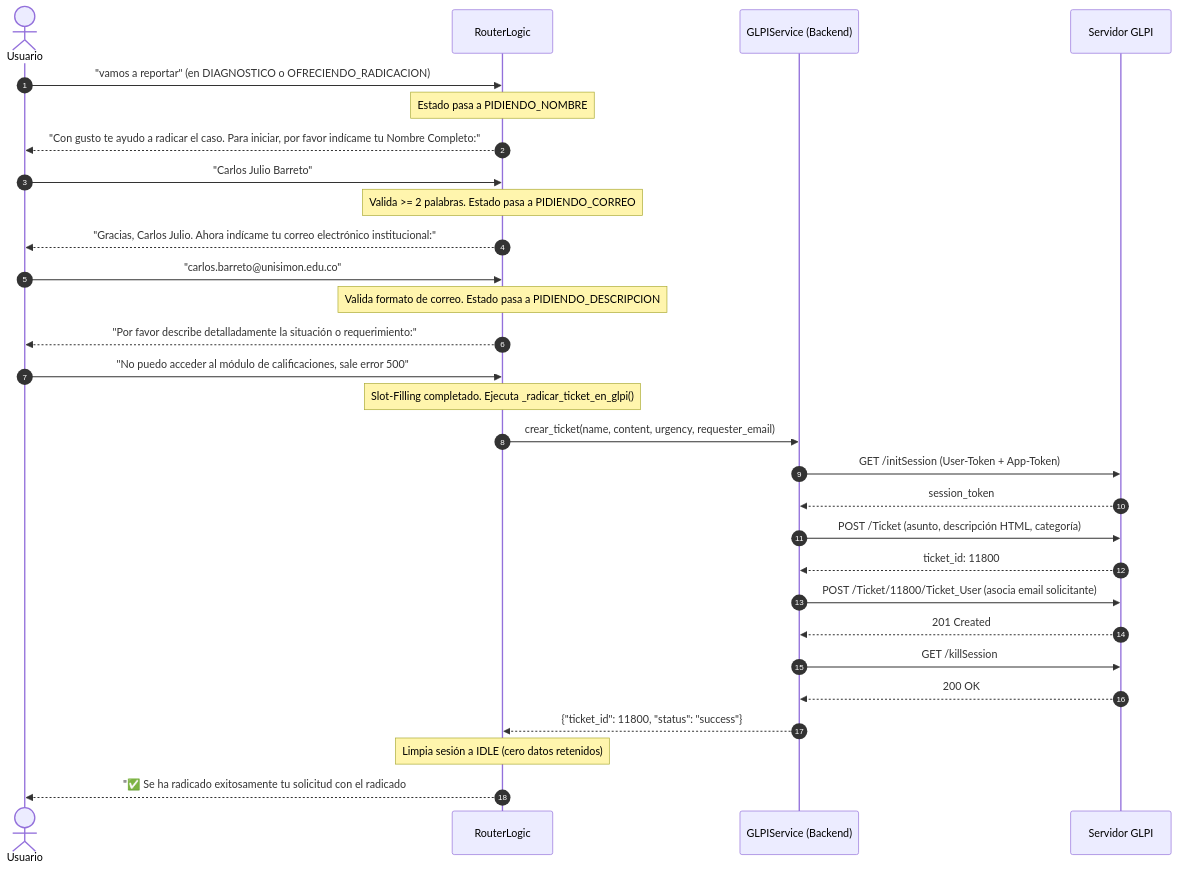
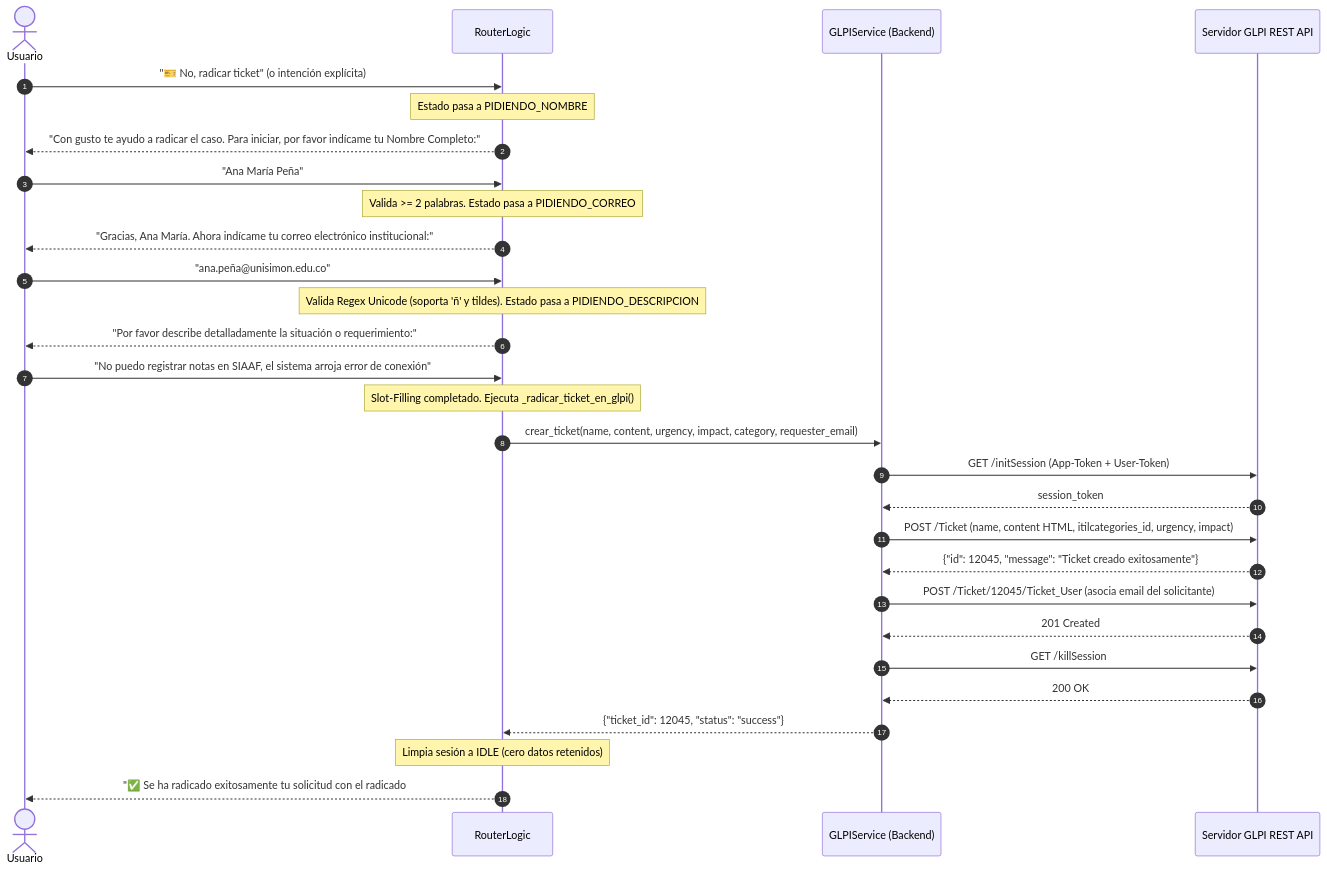
Before and after one commit to adalcidespintosoto/proyecto-chatbot: the second of 2 diagrams in docs/flujo_procesamiento_sistema.md, drawn with Mermaid. The commit also changed other lines of this file and 21 other files, not shown here.

````diff
--- a/docs/flujo_procesamiento_sistema.md
+++ b/docs/flujo_procesamiento_sistema.md
@@ -249,37 +302,37 @@
 ```mermaid
 sequenceDiagram
     autonumber
     actor U as Usuario
     participant R as RouterLogic
     participant G as GLPIService (Backend)
-    participant S as Servidor GLPI
+    participant S as Servidor GLPI REST API
 
-    U->>R: "vamos a reportar" (en DIAGNOSTICO o OFRECIENDO_RADICACION)
+    U->>R: "🎫 No, radicar ticket" (o intención explícita)
     Note over R: Estado pasa a PIDIENDO_NOMBRE
     R-->>U: "Con gusto te ayudo a radicar el caso. Para iniciar, por favor indícame tu Nombre Completo:"
 
-    U->>R: "Carlos Julio Barreto"
+    U->>R: "Ana María Peña"
     Note over R: Valida >= 2 palabras. Estado pasa a PIDIENDO_CORREO
-    R-->>U: "Gracias, Carlos Julio. Ahora indícame tu correo electrónico institucional:"
+    R-->>U: "Gracias, Ana María. Ahora indícame tu correo electrónico institucional:"
 
-    U->>R: "carlos.barreto@unisimon.edu.co"
-    Note over R: Valida formato de correo. Estado pasa a PIDIENDO_DESCRIPCION
+    U->>R: "ana.peña@unisimon.edu.co"
+    Note over R: Valida Regex Unicode (soporta 'ñ' y tildes). Estado pasa a PIDIENDO_DESCRIPCION
     R-->>U: "Por favor describe detalladamente la situación o requerimiento:"
 
-    U->>R: "No puedo acceder al módulo de calificaciones, sale error 500"
+    U->>R: "No puedo registrar notas en SIAAF, el sistema arroja error de conexión"
     Note over R: Slot-Filling completado. Ejecuta _radicar_ticket_en_glpi()
 
-    R->>G: crear_ticket(name, content, urgency, requester_email)
-    G->>S: GET /initSession (User-Token + App-Token)
+    R->>G: crear_ticket(name, content, urgency, impact, category, requester_email)
+    G->>S: GET /initSession (App-Token + User-Token)
     S-->>G: session_token
-    G->>S: POST /Ticket (asunto, descripción HTML, categoría)
-    S-->>G: ticket_id: 11800
-    G->>S: POST /Ticket/11800/Ticket_User (asocia email solicitante)
+    G->>S: POST /Ticket (name, content HTML, itilcategories_id, urgency, impact)
+    S-->>G: {"id": 12045, "message": "Ticket creado exitosamente"}
+    G->>S: POST /Ticket/12045/Ticket_User (asocia email del solicitante)
     S-->>G: 201 Created
     G->>S: GET /killSession
     S-->>G: 200 OK
-    G-->>R: {"ticket_id": 11800, "status": "success"}
+    G-->>R: {"ticket_id": 12045, "status": "success"}
 
     Note over R: Limpia sesión a IDLE (cero datos retenidos)
-    R-->>U: "✅ Se ha radicado exitosamente tu solicitud con el radicado #11800..."
+    R-->>U: "✅ Se ha radicado exitosamente tu solicitud con el radicado #12045..."
 ```
````
